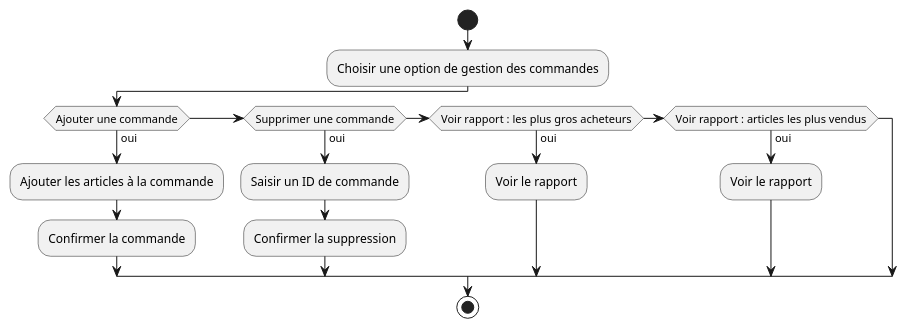
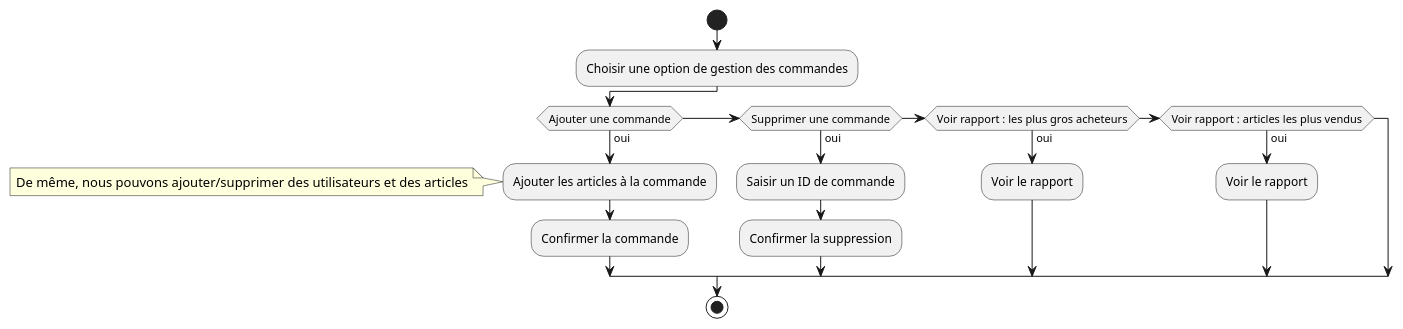
Before and after one commit to guteacher/log430-a25-labo2: the diagram in docs/uml/activity.puml, drawn with PlantUML. The commit also changed 1 other file, not shown here.

Commit message:
update diagrams

```diff
--- a/docs/uml/activity.puml
+++ b/docs/uml/activity.puml
@@ -1,16 +1,17 @@
 @startuml
     start
         :Choisir une option de gestion des commandes;
         if (Ajouter une commande) then (oui)
             :Ajouter les articles à la commande;
+            note left : De même, nous pouvons ajouter/supprimer des utilisateurs et des articles
             :Confirmer la commande;
         elseif (Supprimer une commande) then (oui) 
             :Saisir un ID de commande;
             :Confirmer la suppression;
         elseif (Voir rapport : les plus gros acheteurs) then (oui)
             :Voir le rapport;
         elseif (Voir rapport : articles les plus vendus) then (oui) 
             :Voir le rapport;
         endif
     stop
 @enduml
```
